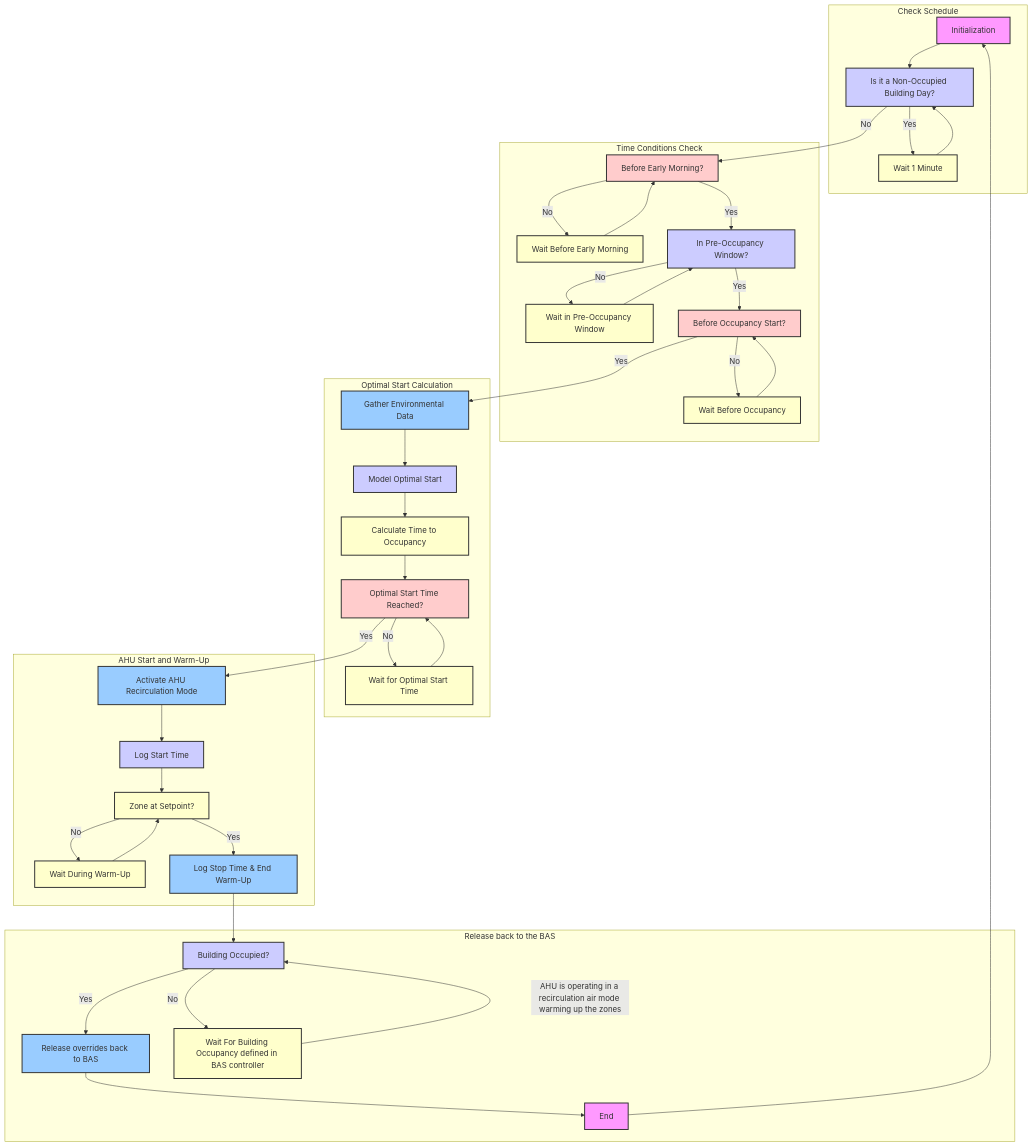
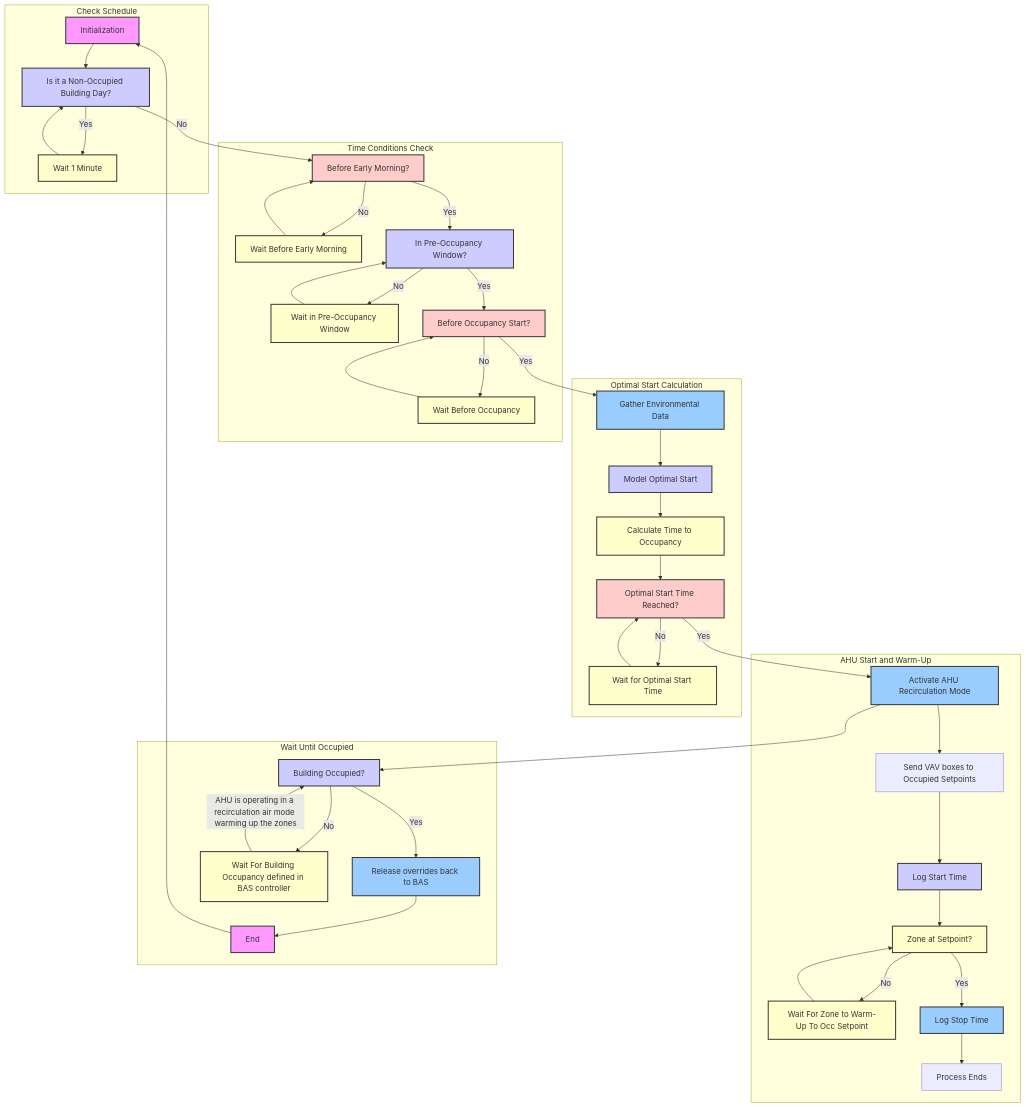
One commit to bbartling/OptimalStartStopHvac changed the diagram in OptimalStartStop/README.md. Above: the diagram before and after it, drawn with Mermaid. The commit also changed 2 other files, not shown here.

Commit message:
Mermaid update for opt sst

````diff
--- a/OptimalStartStop/README.md
+++ b/OptimalStartStop/README.md
@@ -45,16 +45,18 @@
 %% AHU Start and Warm-Up Subgraph
 subgraph AHUStartAndWarmUp["AHU Start and Warm-Up"]
     OptimalStartTimeReachedCheck -->|Yes| ActivateAHURecirculation["Activate AHU Recirculation Mode"]
-    ActivateAHURecirculation --> LogStartTime["Log Start Time"]
+    ActivateAHURecirculation --> ActivateVavBoxesToOcc["Send VAV boxes to Occupied Setpoints"]
+    ActivateVavBoxesToOcc --> LogStartTime["Log Start Time"]
     LogStartTime --> ZoneAtSetpointCheck["Zone at Setpoint?"]
-    ZoneAtSetpointCheck -->|No| WaitDuringWarmUp["Wait During Warm-Up"]
-    ZoneAtSetpointCheck -->|Yes| LogStopTimeAndEndWarmUp["Log Stop Time & End Warm-Up"]
+    ZoneAtSetpointCheck -->|No| WaitDuringWarmUp["Wait For Zone to Warm-Up To Occ Setpoint"]
+    ZoneAtSetpointCheck -->|Yes| LogStopTimeAndEndWarmUp["Log Stop Time"]
+    LogStopTimeAndEndWarmUp --> threadEnds["Process Ends"]
     WaitDuringWarmUp --> ZoneAtSetpointCheck
 end
 
 %% Control Handoff Subgraph
-subgraph ControlHandoff["Release back to the BAS"]
-    LogStopTimeAndEndWarmUp --> BuildingOccupiedCheck["Building Occupied?"]
+subgraph ControlHandoff["Wait Until Occupied"]
+    ActivateAHURecirculation --> BuildingOccupiedCheck["Building Occupied?"]
     BuildingOccupiedCheck -->|Yes| HandoffToBAS["Release overrides back to BAS"]
     BuildingOccupiedCheck -->|No| WaitPostOccupancy["Wait For Building Occupancy defined in BAS controller"]
     WaitPostOccupancy -->|AHU is operating in a recirculation air mode warming up the zones| BuildingOccupiedCheck
@@ -89,4 +91,5 @@
 style HandoffToBAS fill:#9cf,stroke:#333,stroke-width:2px
 style End fill:#f9f,stroke:#333,stroke-width:2px
 
+
 ```
````
